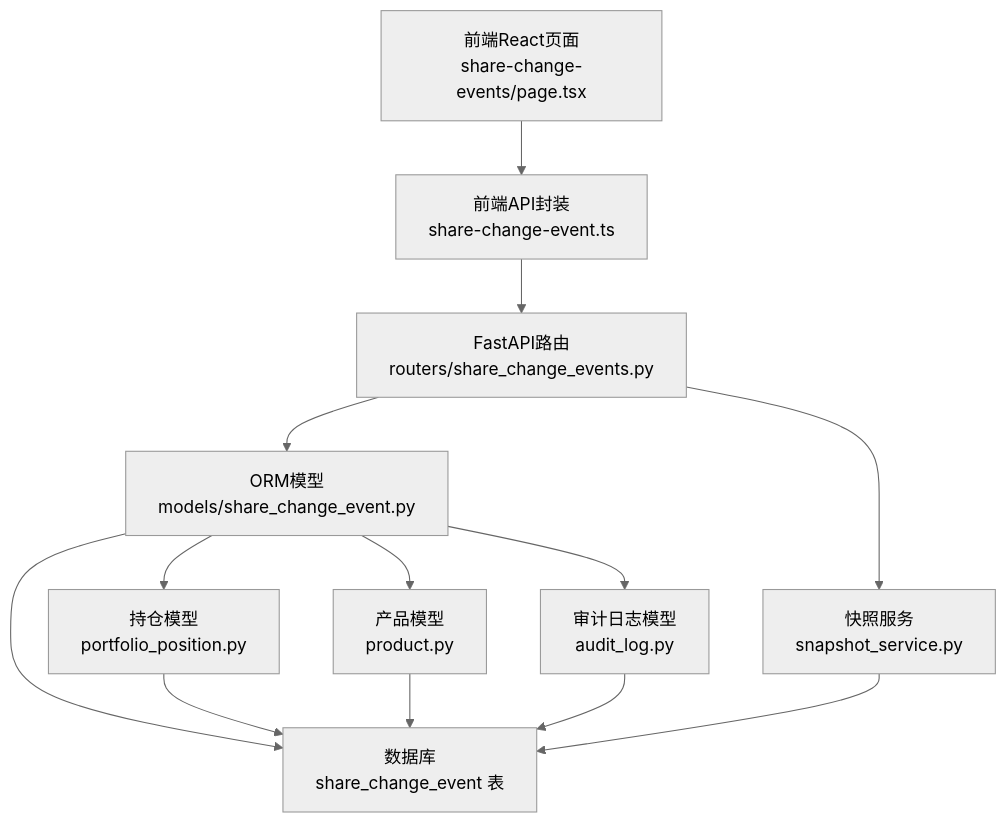
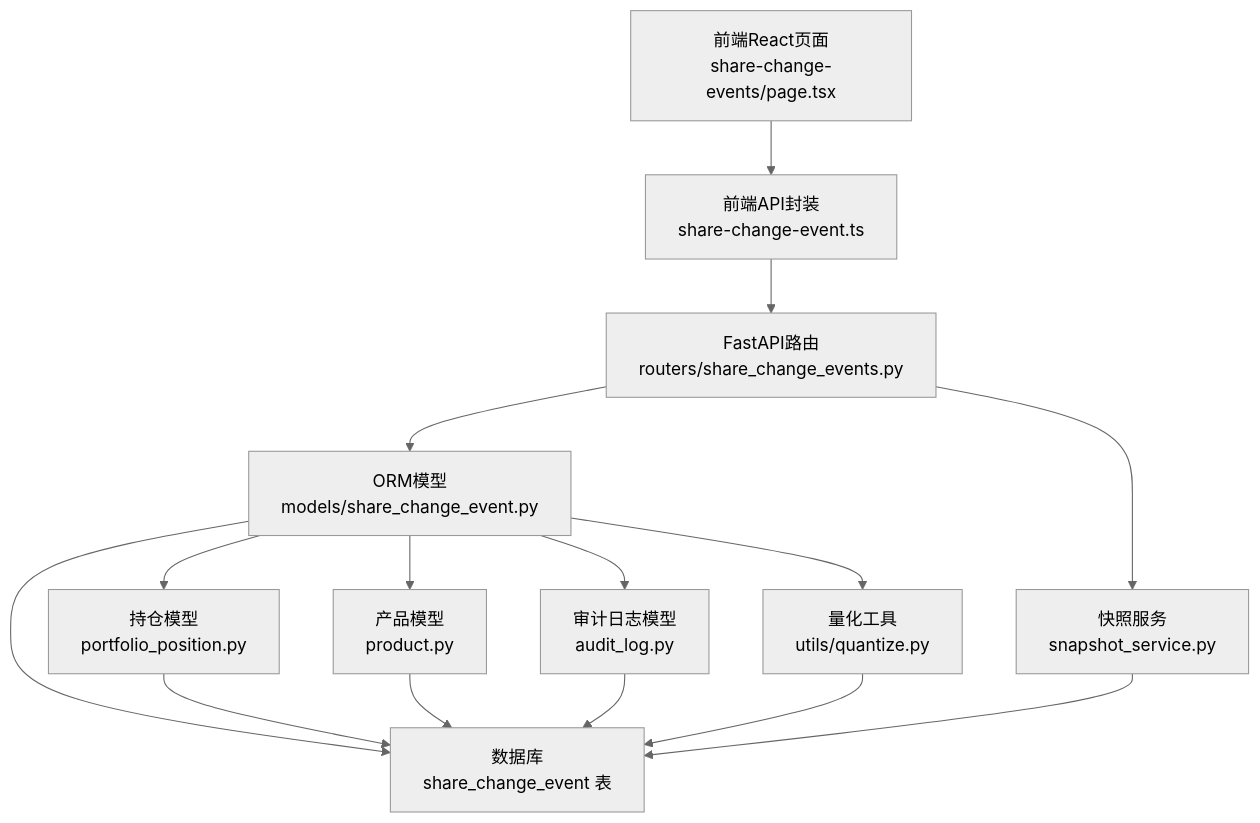
One commit to gujialind/InvestRing changed the first of 3 diagrams in .qoder/repowiki/zh/content/核心业务功能/份额变动事件.md. Above: the diagram before and after it, drawn with Mermaid (neutral theme). The commit also changed other lines of this file and 19 other files, not shown here.

````diff
--- a/.qoder/repowiki/zh/content/核心业务功能/份额变动事件.md
+++ b/.qoder/repowiki/zh/content/核心业务功能/份额变动事件.md
@@ -40,15 +41,17 @@
 ```mermaid
 graph TB
 FE["前端React页面<br/>share-change-events/page.tsx"] --> API["前端API封装<br/>share-change-event.ts"]
 API --> Router["FastAPI路由<br/>routers/share_change_events.py"]
 Router --> Model["ORM模型<br/>models/share_change_event.py"]
 Router --> SnapshotService["快照服务<br/>snapshot_service.py"]
 Model --> DB["数据库<br/>share_change_event 表"]
 SnapshotService --> DB
 Model --> PositionModel["持仓模型<br/>portfolio_position.py"]
 Model --> ProductModel["产品模型<br/>product.py"]
 Model --> AuditModel["审计日志模型<br/>audit_log.py"]
 PositionModel --> DB
 ProductModel --> DB
 AuditModel --> DB
+Model --> Quantize["量化工具<br/>utils/quantize.py"]
+Quantize --> DB
 ```
````
